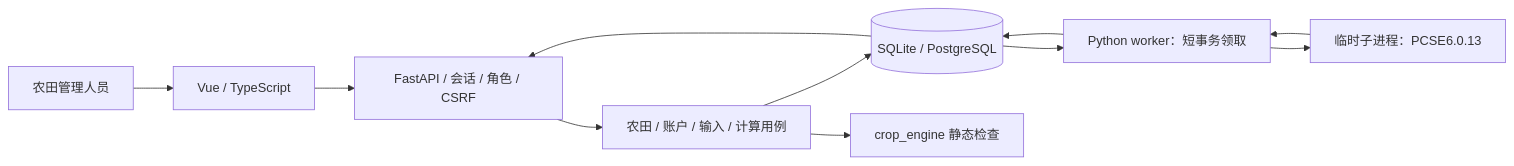
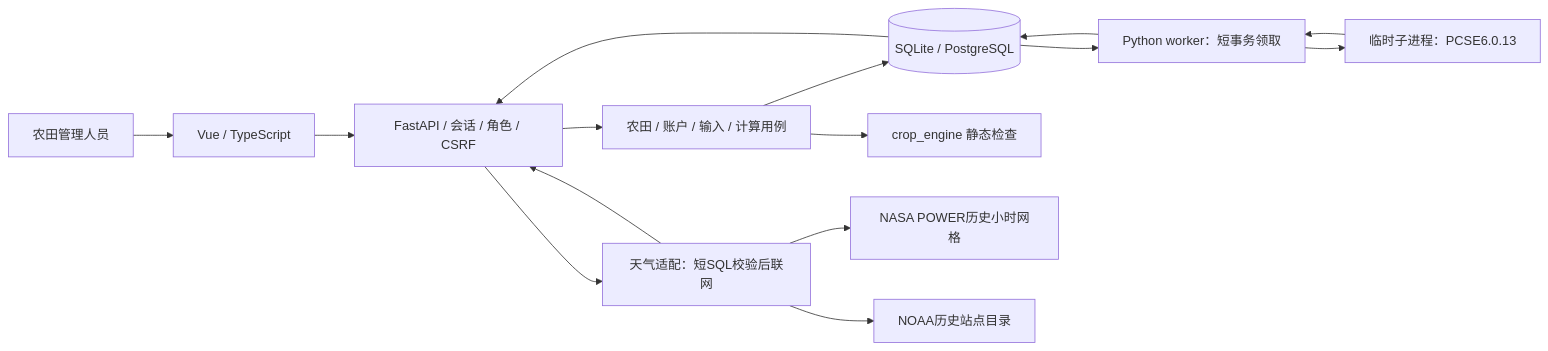
One commit to TensorJade/crop-digital-twin changed the diagram in docs/architecture.md. Above: the diagram before and after it, drawn with Mermaid. The commit also changed other lines of this file and 60 other files, not shown here.

```diff
--- a/docs/architecture.md
+++ b/docs/architecture.md
@@ -5,13 +5,17 @@
 ~~~mermaid
 flowchart LR
   U[农田管理人员] --> WEB[Vue / TypeScript]
   WEB --> API[FastAPI / 会话 / 角色 / CSRF]
   API --> APP[农田 / 账户 / 输入 / 计算用例]
   APP --> DB[(SQLite / PostgreSQL)]
   APP --> CHECK[crop_engine 静态检查]
   DB --> W[Python worker：短事务领取]
   W --> P[临时子进程：PCSE6.0.13]
   P --> W
   W --> DB
   DB --> API
+  API --> WEATHER[天气适配：短SQL校验后联网]
+  WEATHER --> POWER[NASA POWER历史小时网格]
+  WEATHER --> NOAA[NOAA历史站点目录]
+  WEATHER --> API
 ~~~
```
